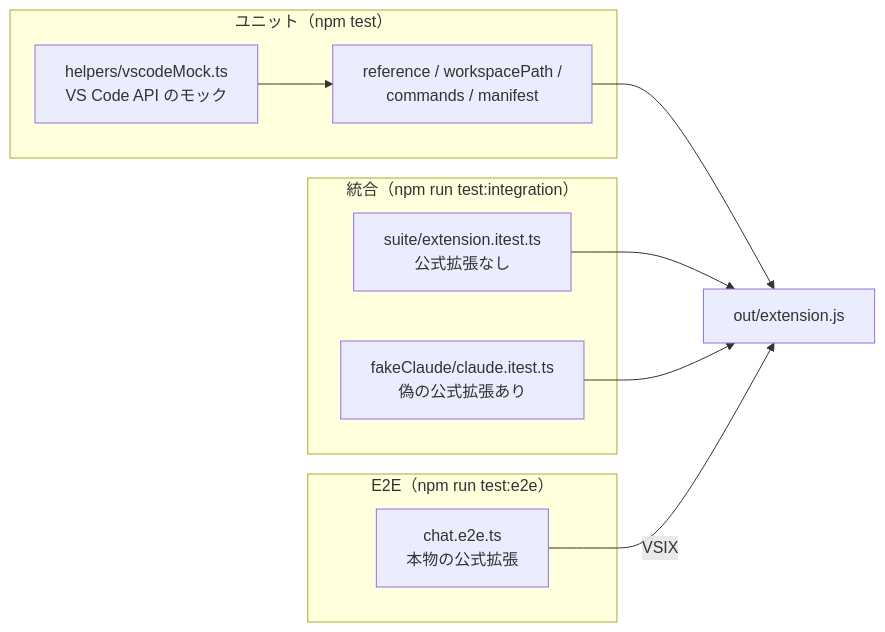
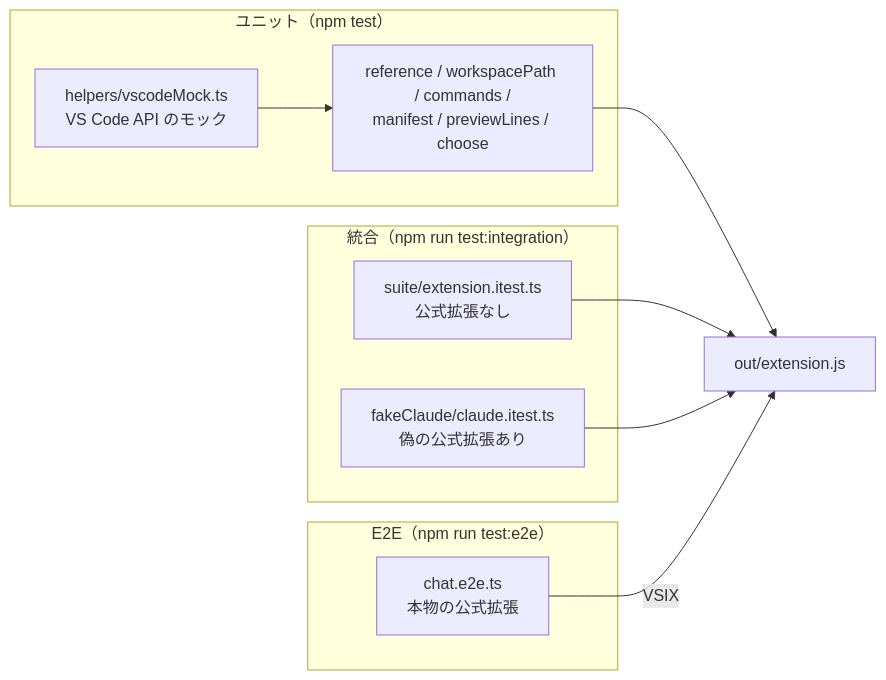
Before and after one commit to kip2/refs-to-chat: the third of 3 diagrams in docs/ARCHITECTURE.md, drawn with Mermaid. The commit also changed other lines of this file and 34 other files, not shown here.

````diff
--- a/docs/ARCHITECTURE.md
+++ b/docs/ARCHITECTURE.md
@@ -330,18 +426,18 @@
 ```mermaid
 flowchart LR
   subgraph Unit["ユニット（npm test）"]
     M["helpers/vscodeMock.ts<br/>VS Code API のモック"]
-    U["reference / workspacePath /<br/>commands / manifest"]
+    U["reference / workspacePath / commands /<br/>manifest / previewLines / choose"]
     M --> U
   end
   subgraph Int["統合（npm run test:integration）"]
     I["suite/extension.itest.ts<br/>公式拡張なし"]
     F["fakeClaude/claude.itest.ts<br/>偽の公式拡張あり"]
   end
   subgraph E2E["E2E（npm run test:e2e）"]
     E["chat.e2e.ts<br/>本物の公式拡張"]
   end
   U --> EXT["out/extension.js"]
   I & F --> EXT
   E -->|VSIX| EXT
 ```
````
